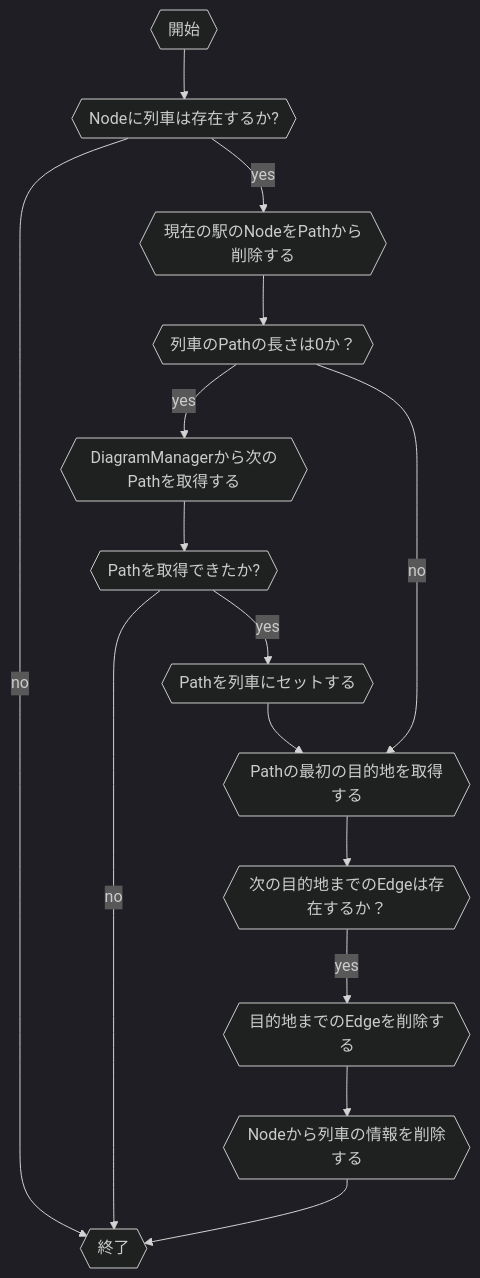
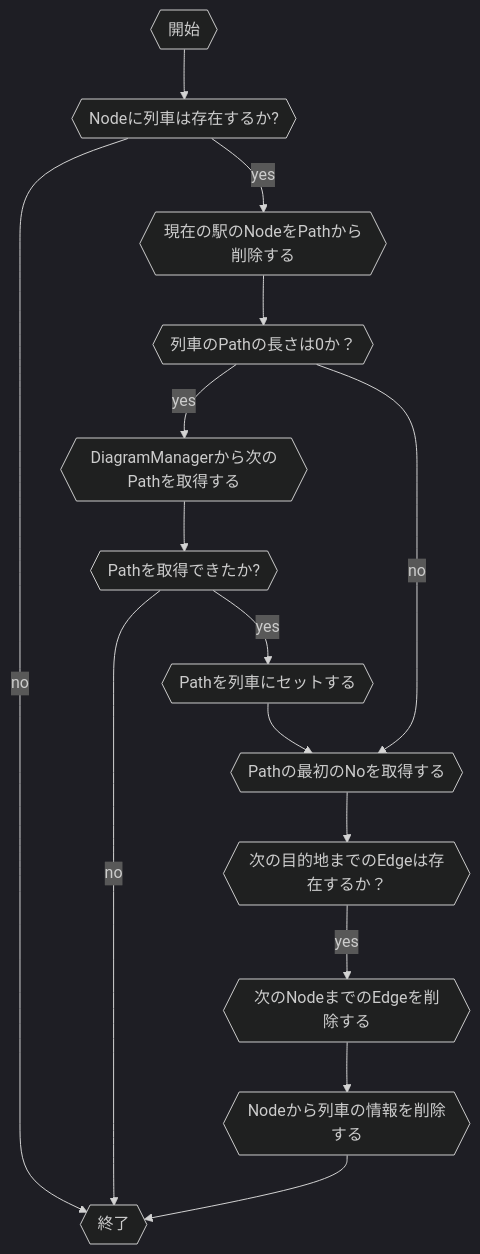
Before and after one commit to ueckoken/plarail2023: the second of 3 diagrams in documents/src/software/auto_operation/algorith.md, drawn with Mermaid (dark theme). The commit also changed other lines of this file, not shown here.

````diff
--- a/documents/src/software/auto_operation/algorith.md
+++ b/documents/src/software/auto_operation/algorith.md
@@ -41,20 +41,20 @@
 ```mermaid
 flowchart TD
   idstart{{"開始"}}
   idstart --> id0{{"Nodeに列車は存在するか?"}}
   id0 -->|yes| idQ{{"現在の駅のNodeをPathから削除する"}}
   idQ --> id
   id0 -->|no| idend{{"終了"}}
   id{{"列車のPathの長さは0か？"}}
   id -->|yes| id1{{"DiagramManagerから次のPathを取得する"}}
   id1 --> id6
   id6{{"Pathを取得できたか?"}}
   id6 -->|no| idend
   id6 -->|yes| id7{{"Pathを列車にセットする"}}
   id7 --> id2
-  id -->|no| id2{{"Pathの最初の目的地を取得する"}}
+  id -->|no| id2{{"Pathの最初のNoを取得する"}}
   id2 --> id3{{"次の目的地までのEdgeは存在するか？"}}
-  id3 -->|yes| id4{{"目的地までのEdgeを削除する"}}
+  id3 -->|yes| id4{{"次のNodeまでのEdgeを削除する"}}
   id4 --> id5{{"Nodeから列車の情報を削除する"}}
   id5 --> idend
 ```
````
